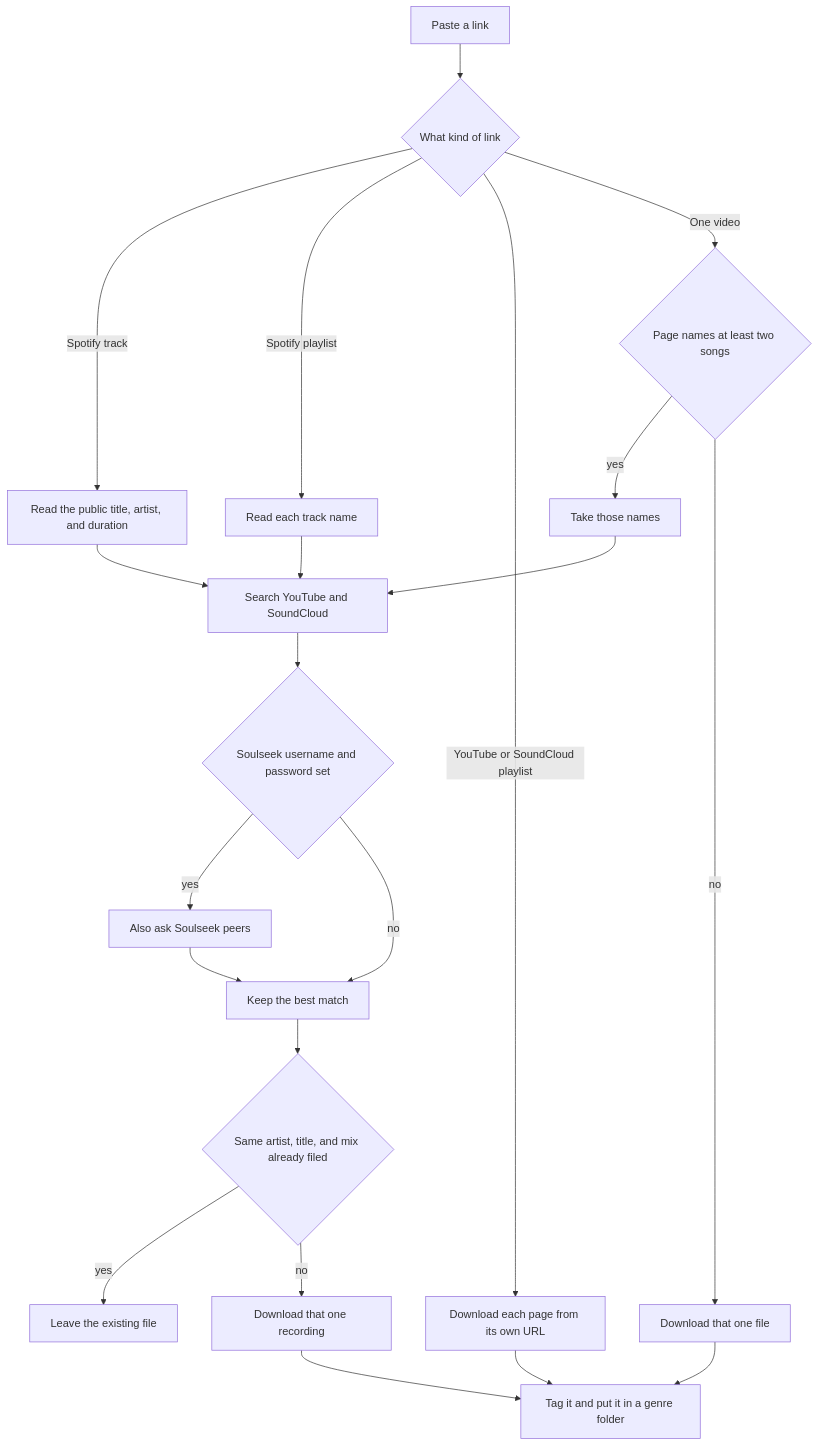
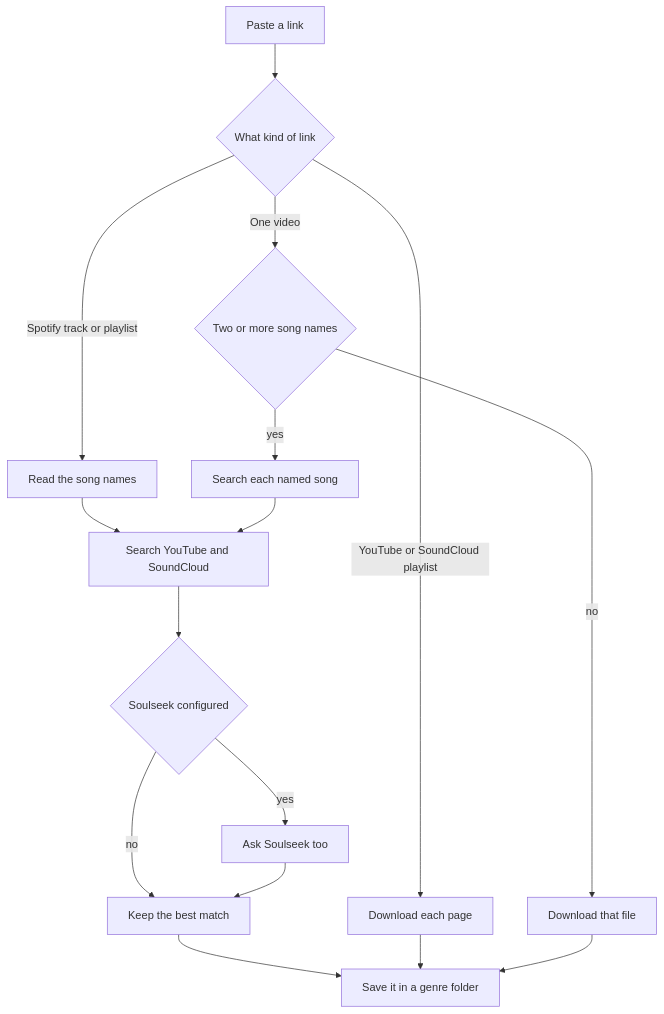
Before and after one commit to saarazari5/djgrab: the diagram in README.md, drawn with Mermaid. The commit also changed other lines of this file, not shown here.

Commit message:
Shorten the README so install and the download flow are easy to scan.

````diff
--- a/README.md
+++ b/README.md
@@ -15,23 +43,18 @@
 ```mermaid
 flowchart TD
   link[Paste a link] --> kind{What kind of link}
-  kind -->|Spotify track| meta[Read the public title, artist, and duration]
-  kind -->|Spotify playlist| names[Read each track name]
-  kind -->|YouTube or SoundCloud playlist| direct[Download each page from its own URL]
-  kind -->|One video| listed{Page names at least two songs}
-  listed -->|yes| setSongs[Take those names]
-  listed -->|no| oneFile[Download that one file]
-  meta --> search
-  names --> search
-  setSongs --> search[Search YouTube and SoundCloud]
-  search --> soul{Soulseek username and password set}
-  soul -->|yes| peers[Also ask Soulseek peers]
+  kind -->|Spotify track or playlist| names[Read the song names]
+  kind -->|YouTube or SoundCloud playlist| direct[Download each page]
+  kind -->|One video| listed{Two or more song names}
+  listed -->|yes| setSongs[Search each named song]
+  listed -->|no| oneFile[Download that file]
+  names --> search[Search YouTube and SoundCloud]
+  setSongs --> search
+  search --> soul{Soulseek configured}
+  soul -->|yes| peers[Ask Soulseek too]
   soul -->|no| pick
   peers --> pick[Keep the best match]
-  pick --> have{Same artist, title, and mix already filed}
-  have -->|yes| skip[Leave the existing file]
-  have -->|no| grab[Download that one recording]
+  pick --> file[Save it in a genre folder]
   direct --> file
   oneFile --> file
-  grab --> file[Tag it and put it in a genre folder]
 ```
````
